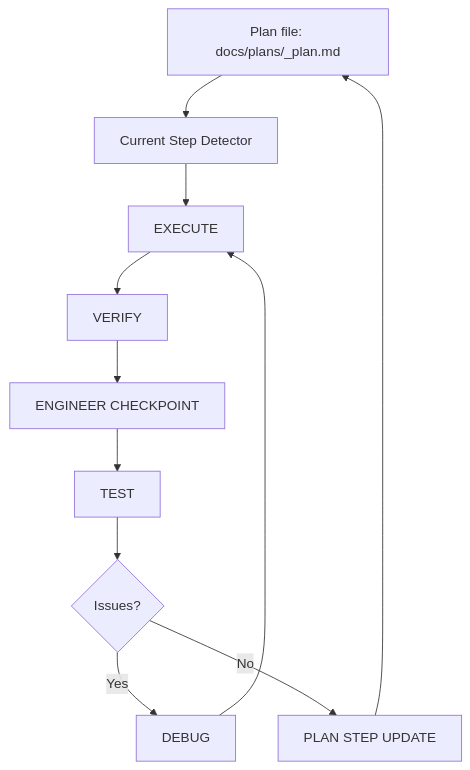
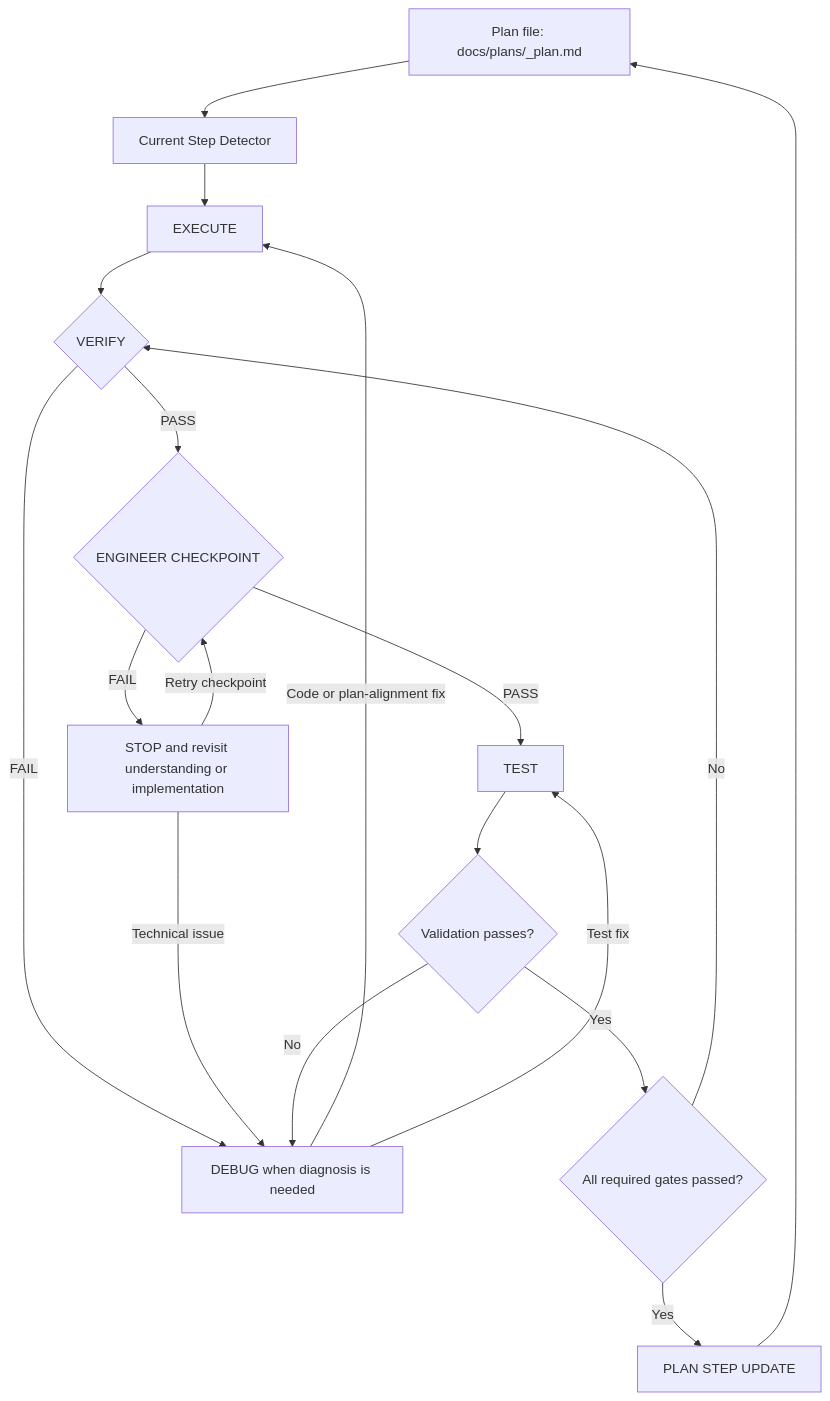
Before and after one commit to heriberto-codes/hrcodes: the second of 2 diagrams in docs/system/state.md, drawn with Mermaid. The commit also changed other lines of this file and 30 other files, not shown here.

````diff
--- a/docs/system/state.md
+++ b/docs/system/state.md
@@ -61,13 +61,20 @@
 ```mermaid
 flowchart TD
 A[Plan file: docs/plans/<feature_slug>_plan.md] --> B[Current Step Detector]
 B --> C[EXECUTE]
-C --> D[VERIFY]
-D --> E[ENGINEER CHECKPOINT]
-E --> F[TEST]
-F --> G{Issues?}
-G -- Yes --> H[DEBUG]
-H --> C
-G -- No --> I[PLAN STEP UPDATE]
+C --> D{VERIFY}
+D -- PASS --> E{ENGINEER CHECKPOINT}
+D -- FAIL --> H[DEBUG when diagnosis is needed]
+E -- PASS --> F[TEST]
+E -- FAIL --> J[STOP and revisit understanding or implementation]
+J -- Technical issue --> H
+J -- Retry checkpoint --> E
+F --> G{Validation passes?}
+G -- No --> H
+H -- Code or plan-alignment fix --> C
+H -- Test fix --> F
+G -- Yes --> K{All required gates passed?}
+K -- No --> D
+K -- Yes --> I[PLAN STEP UPDATE]
 I --> A
 ```
````
